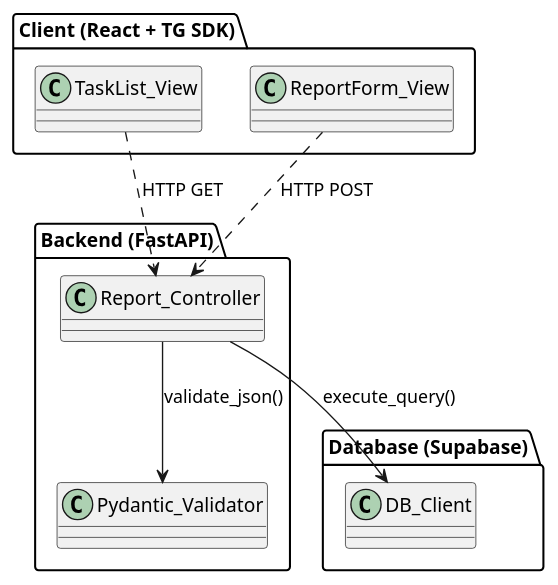
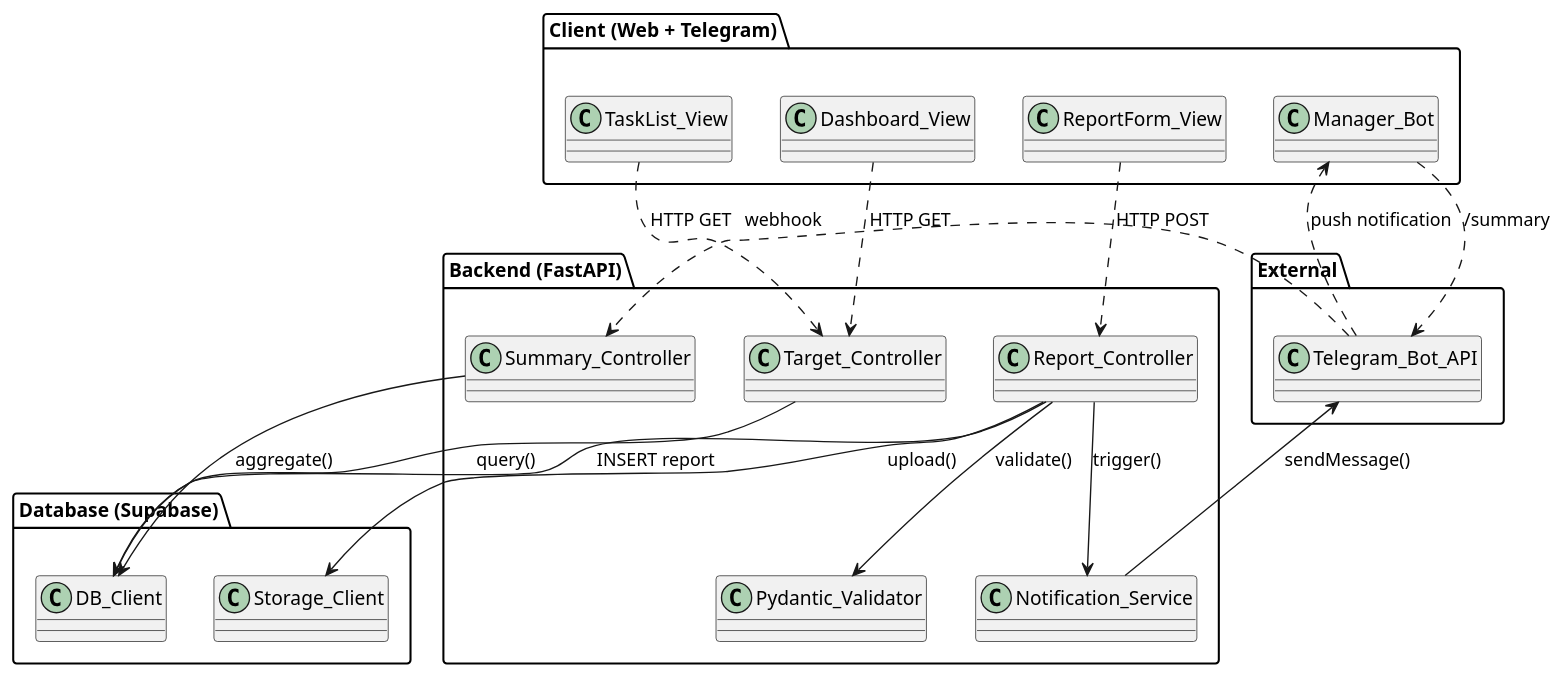
One commit to asn95/desktop-tutorial changed the diagram in uml/04_component_diagram.puml. Above: the diagram before and after it, drawn with PlantUML. The commit also changed 106 other files, not shown here.

```diff
--- a/uml/04_component_diagram.puml
+++ b/uml/04_component_diagram.puml
@@ -1,18 +1,41 @@
 @startuml
 skinparam defaultFontName Arial
-package "Client (React + TG SDK)" {
+
+package "Client (Web + Telegram)" {
+  class "Dashboard_View" as Dash
   class "TaskList_View" as TaskList
-  class "ReportForm_View" as Form
+  class "ReportForm_View" as ReportForm
+  class "Manager_Bot" as Bot
 }
+
 package "Backend (FastAPI)" {
-  class "Report_Controller" as Controller
+  class "Target_Controller" as TCtrl
+  class "Report_Controller" as RCtrl
+  class "Notification_Service" as Notif
+  class "Summary_Controller" as SCtrl
   class "Pydantic_Validator" as Validator
 }
+
+package "External" {
+  class "Telegram_Bot_API" as TgAPI
+}
+
 package "Database (Supabase)" {
   class "DB_Client" as DbClient
+  class "Storage_Client" as StorageClient
 }
-TaskList ..> Controller : HTTP GET
-Form ..> Controller : HTTP POST
-Controller --> Validator : validate_json()
-Controller --> DbClient : execute_query()
+
+Dash ..> TCtrl : HTTP GET
+TaskList ..> TCtrl : HTTP GET
+ReportForm ..> RCtrl : HTTP POST
+RCtrl --> Validator : validate()
+RCtrl --> DbClient : INSERT report
+RCtrl --> StorageClient : upload()
+RCtrl --> Notif : trigger()
+TCtrl --> DbClient : query()
+Notif --> TgAPI : sendMessage()
+TgAPI ..> Bot : push notification
+Bot ..> TgAPI : /summary
+TgAPI ..> SCtrl : webhook
+SCtrl --> DbClient : aggregate()
 @enduml
```
